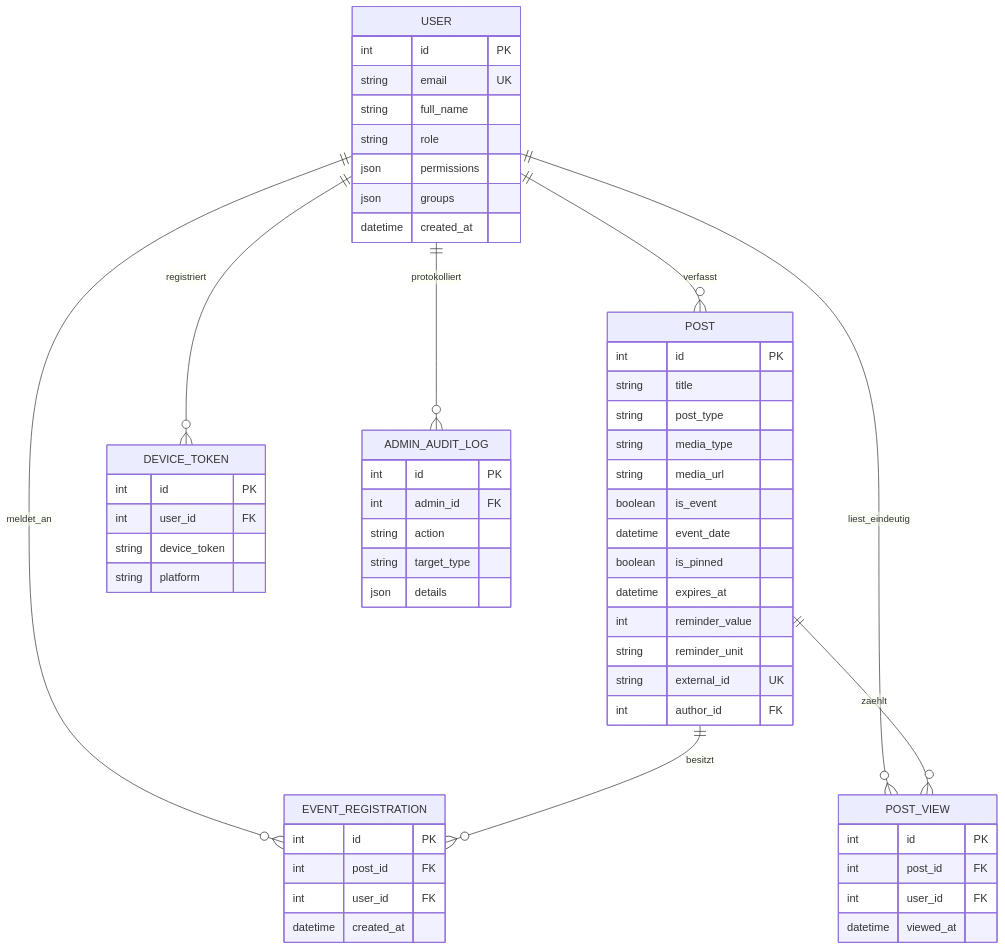
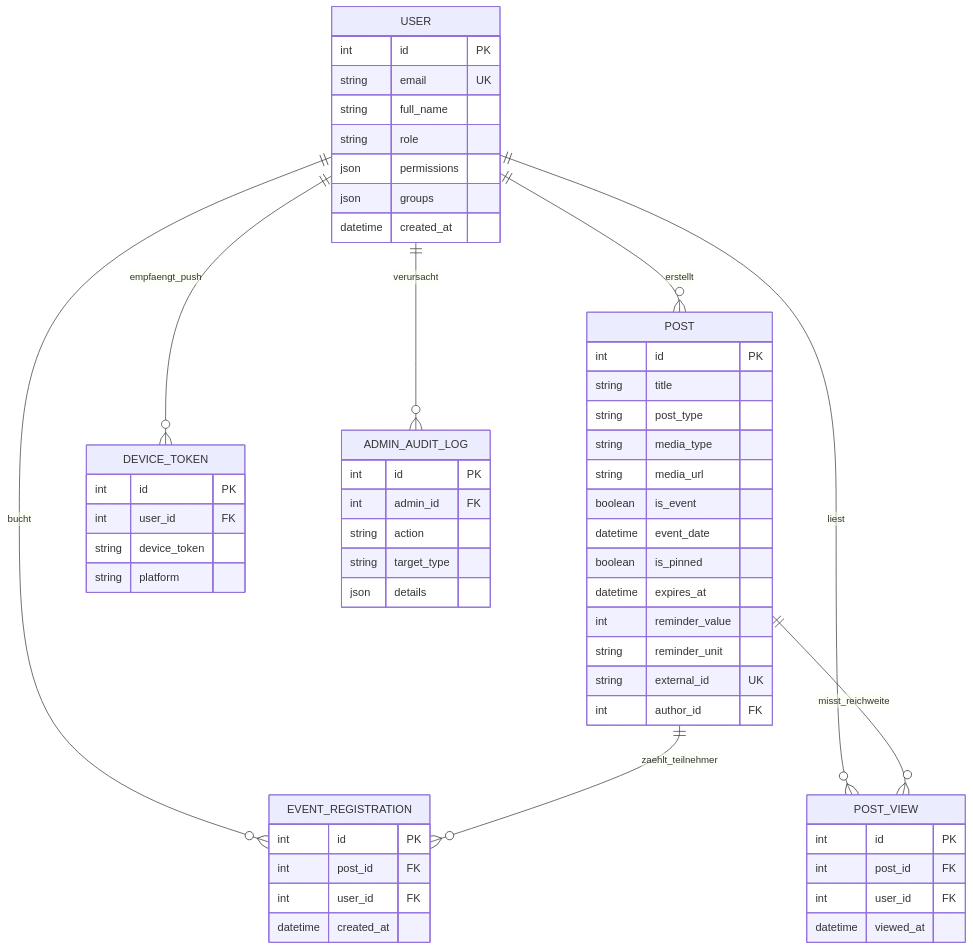
One commit to Pascal-Thommen/pascal-thommen.github.io changed the first of 2 diagrams in content/posts/upa-campus-app-architecture-part-6/index.de.md. Above: the diagram before and after it, drawn with Mermaid. The commit also changed other lines of this file and 25 other files, not shown here.

````diff
--- a/content/posts/upa-campus-app-architecture-part-6/index.de.md
+++ b/content/posts/upa-campus-app-architecture-part-6/index.de.md
@@ -28,60 +28,60 @@
 ```mermaid
 erDiagram
-    USER ||--o{ POST : "verfasst"
-    USER ||--o{ EVENT_REGISTRATION : "meldet_an"
-    USER ||--o{ POST_VIEW : "liest_eindeutig"
-    USER ||--o{ DEVICE_TOKEN : "registriert"
-    USER ||--o{ ADMIN_AUDIT_LOG : "protokolliert"
-    POST ||--o{ EVENT_REGISTRATION : "besitzt"
-    POST ||--o{ POST_VIEW : "zaehlt"
+    USER ||--o{ POST : "erstellt"
+    USER ||--o{ EVENT_REGISTRATION : "bucht"
+    USER ||--o{ POST_VIEW : "liest"
+    USER ||--o{ DEVICE_TOKEN : "empfaengt_push"
+    USER ||--o{ ADMIN_AUDIT_LOG : "verursacht"
+    POST ||--o{ EVENT_REGISTRATION : "zaehlt_teilnehmer"
+    POST ||--o{ POST_VIEW : "misst_reichweite"
 
     USER {
         int id PK
         string email UK
         string full_name
         string role
         json permissions
         json groups
         datetime created_at
     }
     POST {
         int id PK
         string title
         string post_type
         string media_type
         string media_url
         boolean is_event
         datetime event_date
         boolean is_pinned
         datetime expires_at
         int reminder_value
         string reminder_unit
         string external_id UK
         int author_id FK
     }
     EVENT_REGISTRATION {
         int id PK
         int post_id FK
         int user_id FK
         datetime created_at
     }
     POST_VIEW {
         int id PK
         int post_id FK
         int user_id FK
         datetime viewed_at
     }
     DEVICE_TOKEN {
         int id PK
         int user_id FK
         string device_token
         string platform
     }
     ADMIN_AUDIT_LOG {
         int id PK
         int admin_id FK
         string action
         string target_type
         json details
     }
 ```
````
